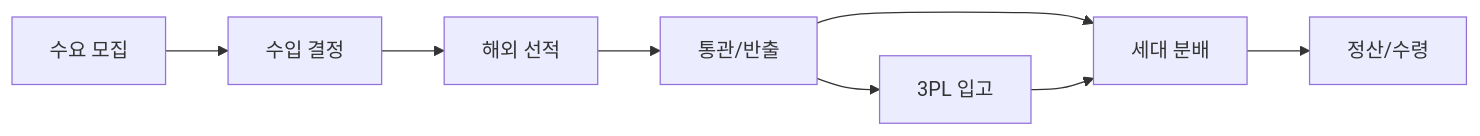
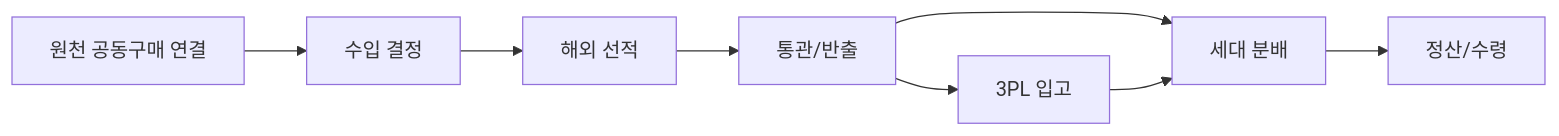
One commit to cheolwo/hongdal changed the diagram in docs/Architecture/ImportGroupPurchaseIntent.md. Above: the diagram before and after it, drawn with Mermaid. The commit also changed other lines of this file and 62 other files, not shown here.

````diff
--- a/docs/Architecture/ImportGroupPurchaseIntent.md
+++ b/docs/Architecture/ImportGroupPurchaseIntent.md
@@ -85,10 +100,10 @@
 ```mermaid
 flowchart LR
-    A["수요 모집"] --> B["수입 결정"]
+    A["원천 공동구매 연결"] --> B["수입 결정"]
     B --> C["해외 선적"]
     C --> D["통관/반출"]
     D --> E["3PL 입고"]
     D --> F["세대 분배"]
     E --> F
     F --> G["정산/수령"]
 ```
````
